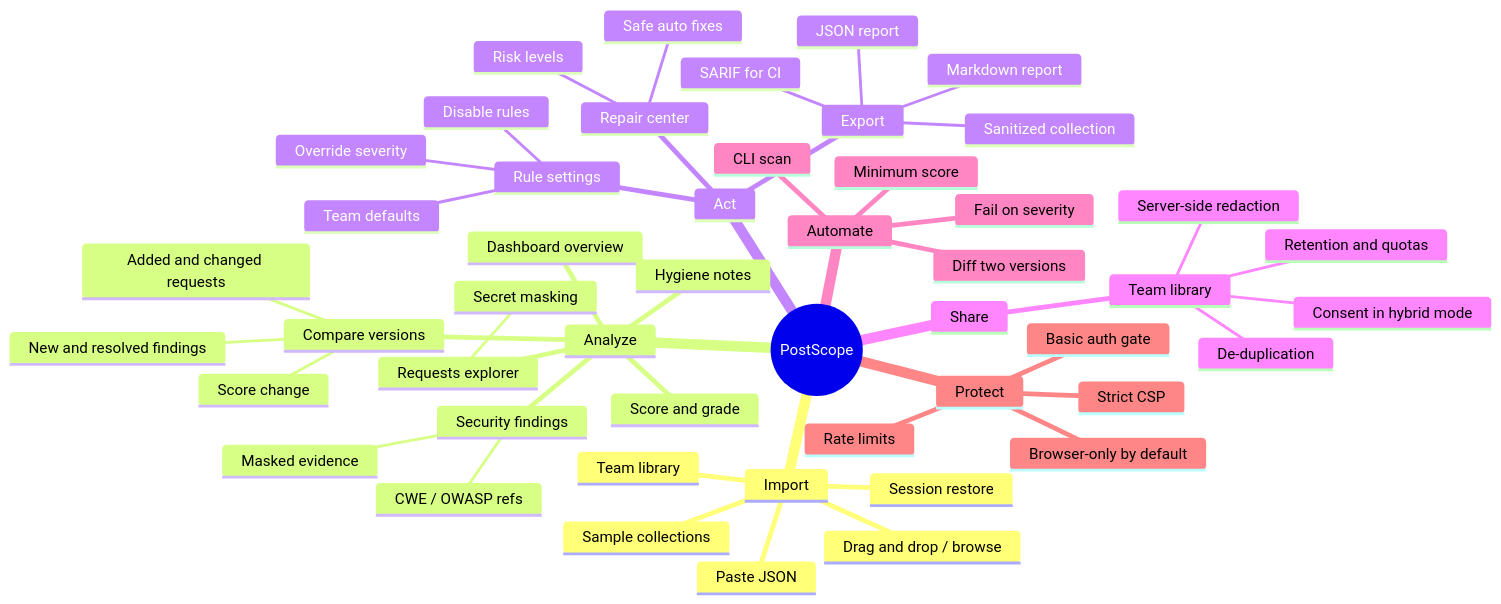
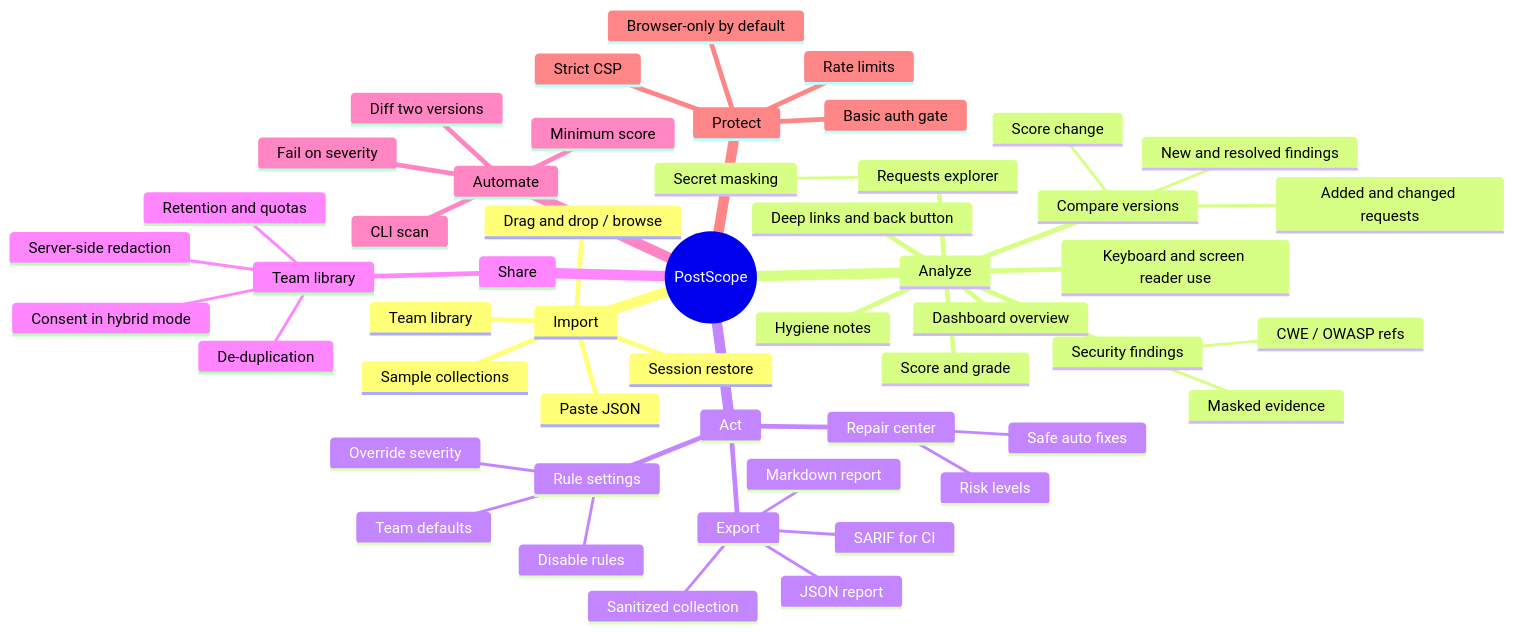
Before and after one commit to winksen/Postscope-App: the diagram in docs/mindmap/FUNCTIONAL_MINDMAP.md, drawn with Mermaid. The commit also changed other lines of this file and 47 other files, not shown here.

````diff
--- a/docs/mindmap/FUNCTIONAL_MINDMAP.md
+++ b/docs/mindmap/FUNCTIONAL_MINDMAP.md
@@ -17,52 +17,54 @@
 ```mermaid
 mindmap
   root((PostScope))
     Import
       Drag and drop / browse
       Paste JSON
       Sample collections
       Team library
       Session restore
     Analyze
       Dashboard overview
       Requests explorer
         Secret masking
       Security findings
         Masked evidence
         CWE / OWASP refs
       Hygiene notes
       Score and grade
+      Deep links and back button
+      Keyboard and screen reader use
       Compare versions
         New and resolved findings
         Score change
         Added and changed requests
     Act
       Repair center
         Safe auto fixes
         Risk levels
       Rule settings
         Disable rules
         Override severity
         Team defaults
       Export
         Markdown report
         JSON report
         SARIF for CI
         Sanitized collection
     Share
       Team library
         Consent in hybrid mode
         De-duplication
         Retention and quotas
         Server-side redaction
     Automate
       CLI scan
       Fail on severity
       Minimum score
       Diff two versions
     Protect
       Browser-only by default
       Basic auth gate
       Rate limits
       Strict CSP
 ```
````
